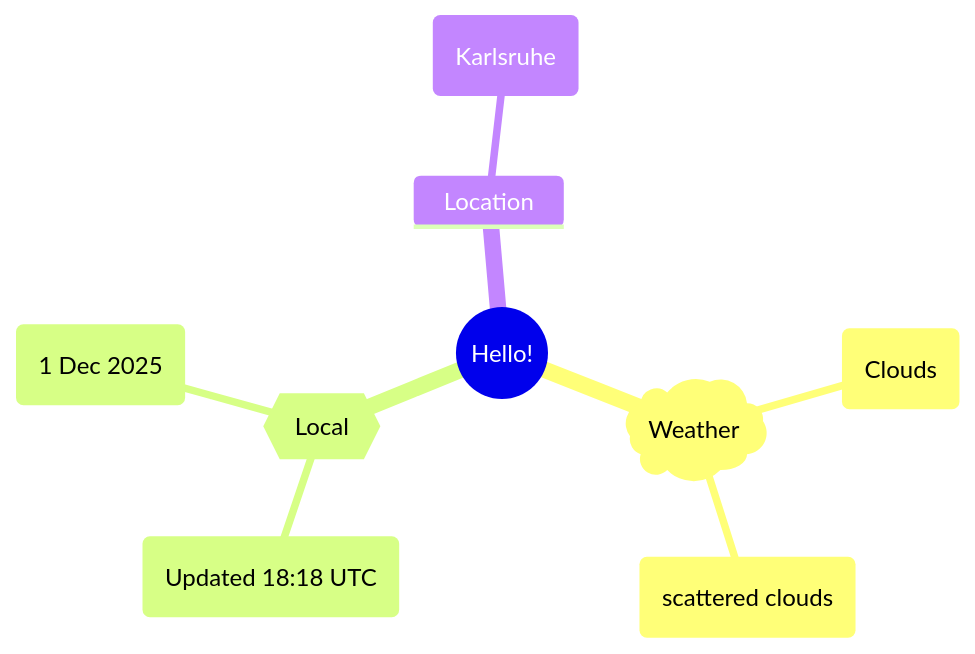
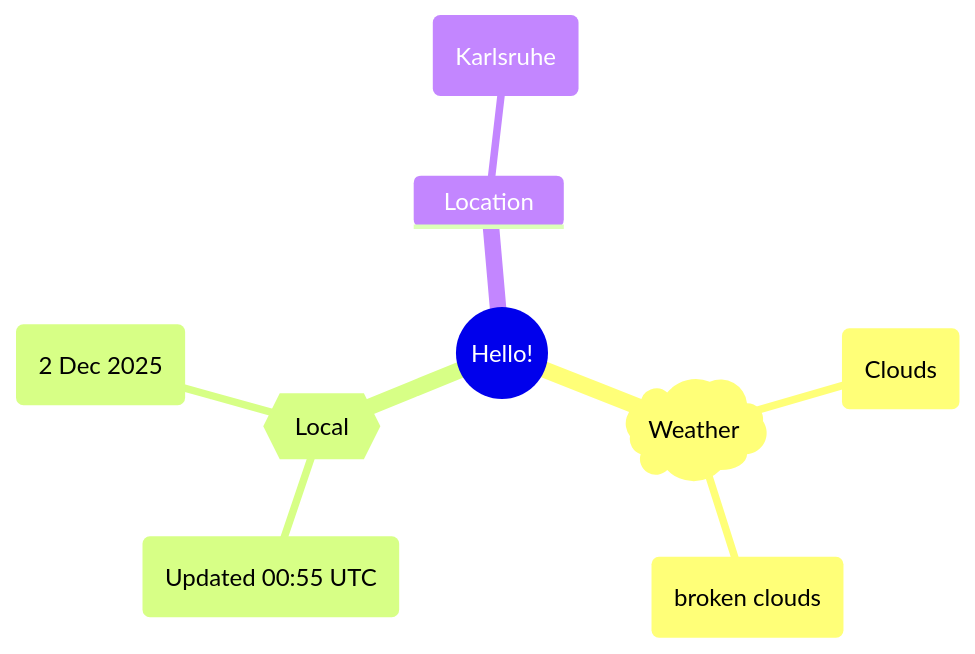
Before and after one commit to Xosrov/Xosrov: the first of 2 diagrams in README.md, drawn with Mermaid.

Commit message:
[bot] updated images

````diff
--- a/README.md
+++ b/README.md
@@ -3,12 +3,12 @@
 ```mermaid
 mindmap
   root((Hello!))
     )Weather(
         (Clouds)
-        (scattered clouds)
+        (broken clouds)
     {{Local}}
-        (Updated 18:18 UTC)
-        (1 Dec 2025)
+        (Updated 00:55 UTC)
+        (2 Dec 2025)
     Location
         (Karlsruhe)
 ```
````
